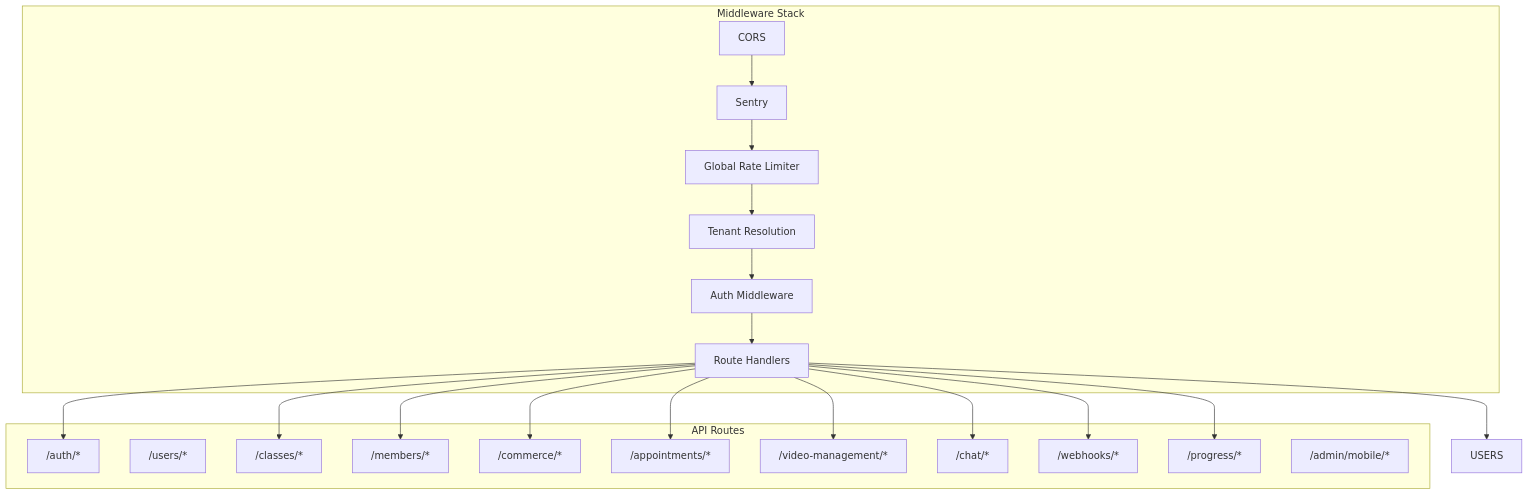
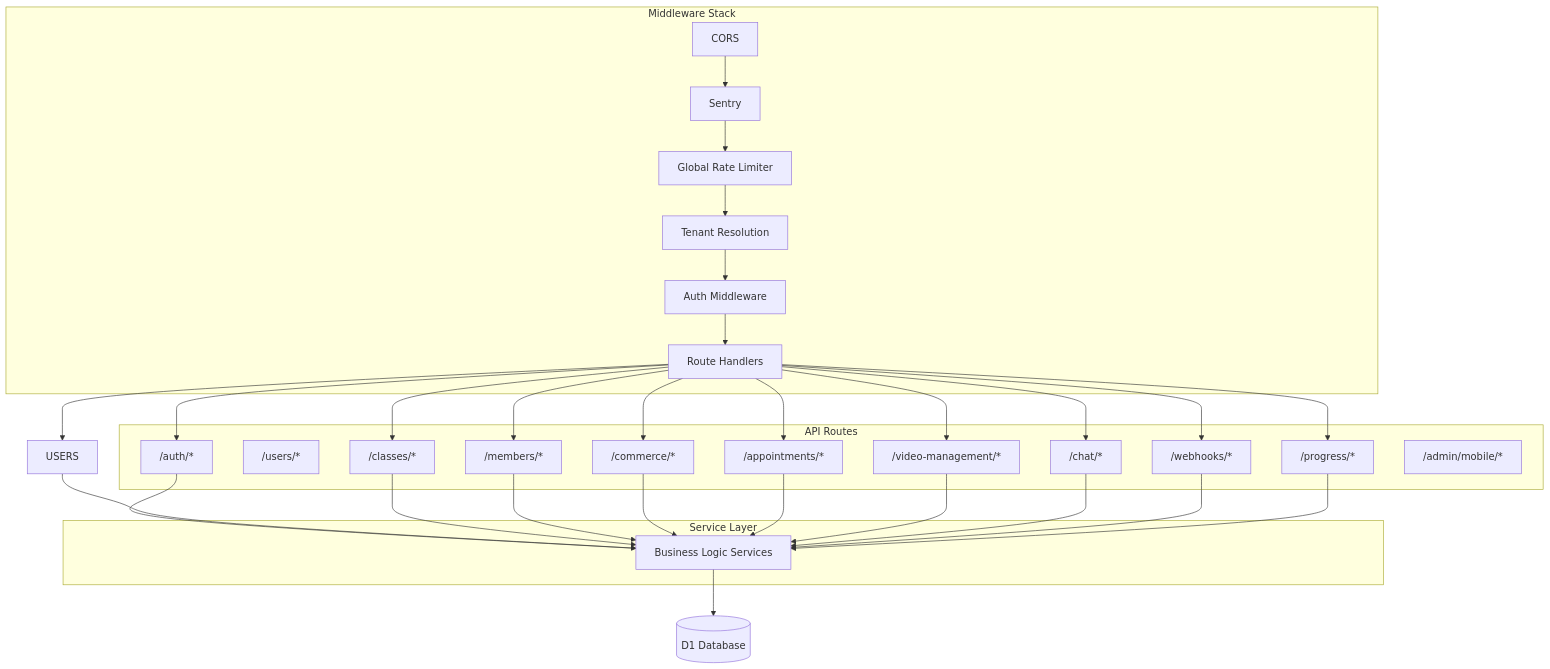
The fourth of 5 diagrams in docs/architecture.md (slichti/studio-platform-dev), drawn with Mermaid before and after one commit. The commit also changed 3 other files, not shown here.

Commit message:
refactor(api): implement ProgressService and integrate RBAC permissions

````diff
--- a/docs/architecture.md
+++ b/docs/architecture.md
@@ -141,35 +141,42 @@
 ```mermaid
 flowchart TB
     subgraph "API Routes"
         AUTH["/auth/*"]
         USER["/users/*"]
         CLASSES["/classes/*"]
         MEMBERS["/members/*"]
         COMMERCE["/commerce/*"]
         APPOINTMENTS["/appointments/*"]
         VIDEO["/video-management/*"]
         CHAT["/chat/*"]
         WEBHOOKS["/webhooks/*"]
         PROGRESS["/progress/*"]
         ADMIN_MOBILE["/admin/mobile/*"]
     end
 
     subgraph "Middleware Stack"
         CORS[CORS] --> SENTRY[Sentry]
         SENTRY --> RATELIMIT[Global Rate Limiter]
         RATELIMIT --> TENANT[Tenant Resolution]
         TENANT --> AUTHMW[Auth Middleware]
         AUTHMW --> ROUTES[Route Handlers]
     end
 
+    subgraph "Service Layer"
+        SERVICES[Business Logic Services]
+    end
+
     ROUTES --> AUTH
     ROUTES --> USERS
     ROUTES --> CLASSES
     ROUTES --> MEMBERS
     ROUTES --> COMMERCE
     ROUTES --> APPOINTMENTS
     ROUTES --> VIDEO
     ROUTES --> CHAT
     ROUTES --> WEBHOOKS
     ROUTES --> PROGRESS
+
+    AUTH & USERS & CLASSES & MEMBERS & COMMERCE & APPOINTMENTS & VIDEO & CHAT & WEBHOOKS & PROGRESS --> SERVICES
+    SERVICES --> DB[(D1 Database)]
 ```
````
